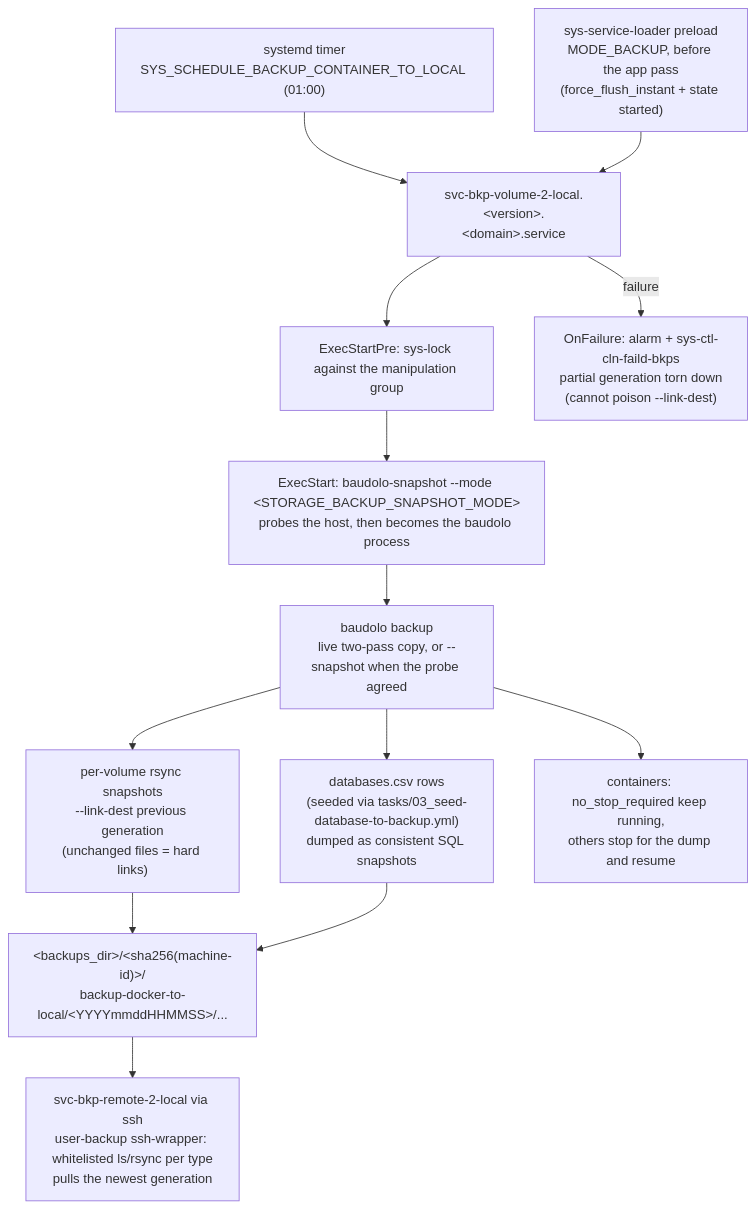
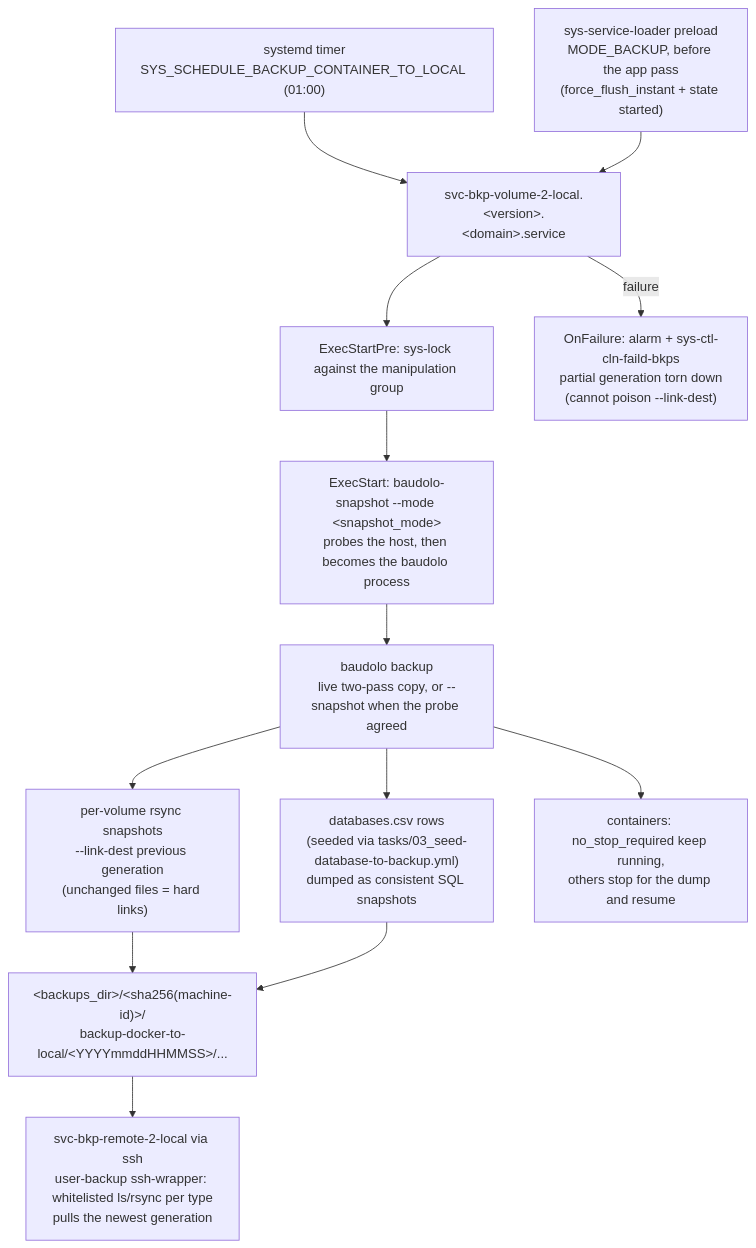
Before and after one commit to AlejandroRomanIbanez/infinito-nexus: the second of 4 diagrams in roles/svc-bkp-volume-2-local/README.md, drawn with Mermaid. The commit also changed other lines of this file and 14 other files, not shown here.

````diff
--- a/roles/svc-bkp-volume-2-local/README.md
+++ b/roles/svc-bkp-volume-2-local/README.md
@@ -63,15 +63,15 @@
 ```mermaid
 flowchart TD
     TIMER["systemd timer<br>SYS_SCHEDULE_BACKUP_CONTAINER_TO_LOCAL (01:00)"] --> UNIT
     PRELOAD["sys-service-loader preload<br>MODE_BACKUP, before the app pass<br>(force_flush_instant + state started)"] --> UNIT
     UNIT["svc-bkp-volume-2-local.&lt;version&gt;.&lt;domain&gt;.service"] --> LOCK["ExecStartPre: sys-lock against the manipulation group"]
-    LOCK --> LAUNCH["ExecStart: baudolo-snapshot --mode &lt;STORAGE_BACKUP_SNAPSHOT_MODE&gt;<br>probes the host, then becomes the baudolo process"]
+    LOCK --> LAUNCH["ExecStart: baudolo-snapshot --mode &lt;snapshot_mode&gt;<br>probes the host, then becomes the baudolo process"]
     LAUNCH --> BAUDOLO["baudolo backup<br>live two-pass copy, or --snapshot when the probe agreed"]
     BAUDOLO --> FILES["per-volume rsync snapshots<br>--link-dest previous generation<br>(unchanged files = hard links)"]
     BAUDOLO --> DBS["databases.csv rows<br>(seeded via tasks/03_seed-database-to-backup.yml)<br>dumped as consistent SQL snapshots"]
     BAUDOLO --> STOP["containers: no_stop_required keep running,<br>others stop for the dump and resume"]
     FILES --> TREE["&lt;backups_dir&gt;/&lt;sha256(machine-id)&gt;/<br>backup-docker-to-local/&lt;YYYYmmddHHMMSS&gt;/..."]
     DBS --> TREE
     UNIT -->|failure| ALARM["OnFailure: alarm + sys-ctl-cln-faild-bkps<br>partial generation torn down<br>(cannot poison --link-dest)"]
     TREE --> PULL["svc-bkp-remote-2-local via ssh<br>user-backup ssh-wrapper: whitelisted ls/rsync per type<br>pulls the newest generation"]
 ```
````
